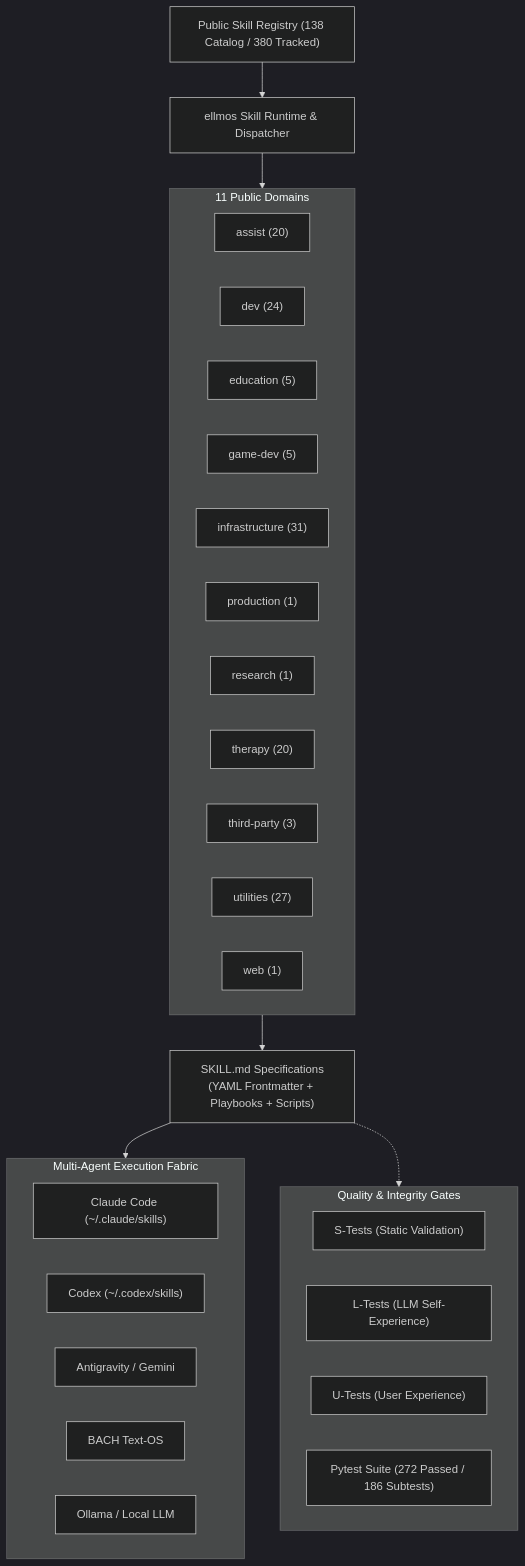
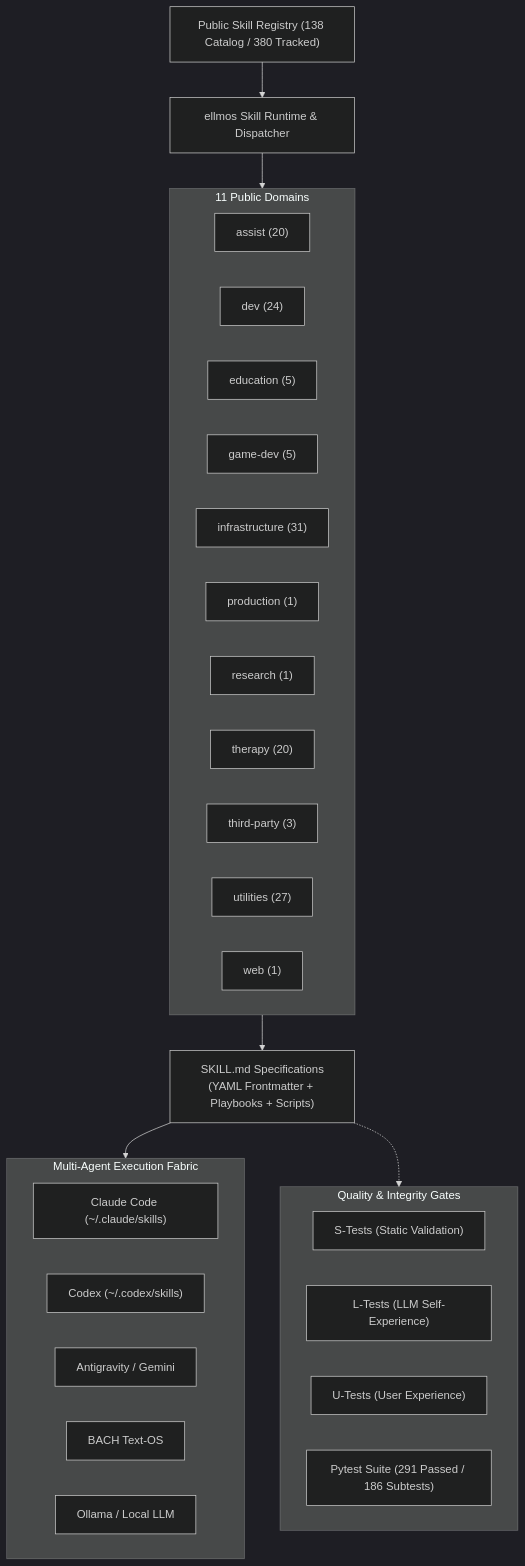
Before and after one commit to ellmos-ai/skills: the first of 2 diagrams in README.md, drawn with Mermaid (dark theme). The commit also changed other lines of this file and 13 other files, not shown here.

````diff
--- a/README.md
+++ b/README.md
@@ -45,40 +45,40 @@
 ```mermaid
 flowchart TD
     Registry["Public Skill Registry (138 Catalog / 380 Tracked)"] --> Engine["ellmos Skill Runtime & Dispatcher"]
     
     subgraph Catalog ["11 Public Domains"]
         Assist["assist (20)"]
         Dev["dev (24)"]
         Edu["education (5)"]
         Game["game-dev (5)"]
         Infra["infrastructure (31)"]
         Prod["production (1)"]
         Res["research (1)"]
         Therapy["therapy (20)"]
         ThirdParty["third-party (3)"]
         Utils["utilities (27)"]
         Web["web (1)"]
     end
     
     Engine --> Catalog
     Catalog --> Artifacts["SKILL.md Specifications<br/>(YAML Frontmatter + Playbooks + Scripts)"]
     
     subgraph MultiAgentRuntimes ["Multi-Agent Execution Fabric"]
         ClaudeCode["Claude Code (~/.claude/skills)"]
         Codex["Codex (~/.codex/skills)"]
         AGY["Antigravity / Gemini"]
         BACH["BACH Text-OS"]
         LocalOllama["Ollama / Local LLM"]
     end
     
     Artifacts --> MultiAgentRuntimes
     
     subgraph QualityGates ["Quality & Integrity Gates"]
         STests["S-Tests (Static Validation)"]
         LTests["L-Tests (LLM Self-Experience)"]
         UTests["U-Tests (User Experience)"]
-        PytestSuite["Pytest Suite (272 Passed / 186 Subtests)"]
+        PytestSuite["Pytest Suite (291 Passed / 186 Subtests)"]
     end
     
     Artifacts -.-> QualityGates
 ```
````
